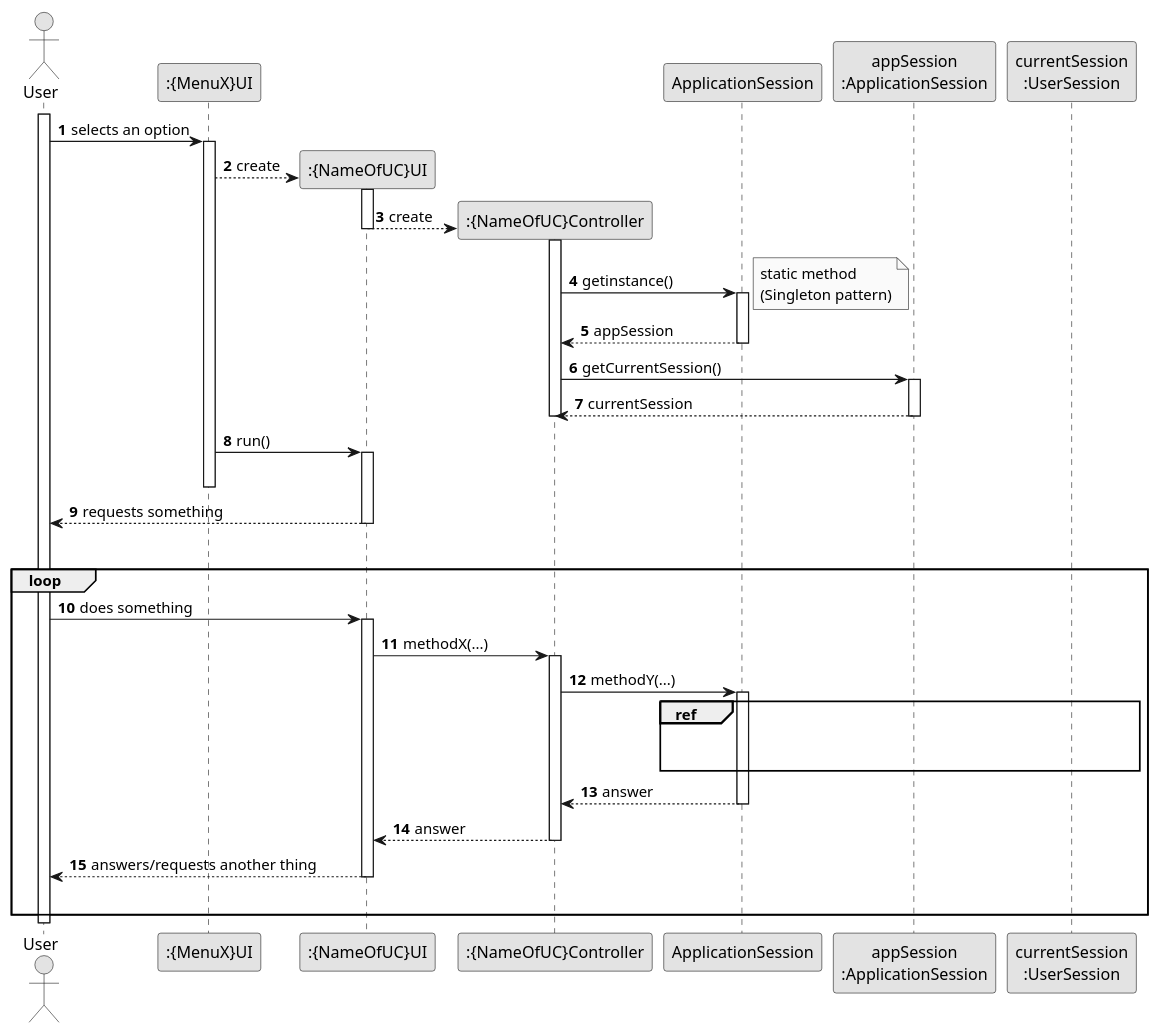
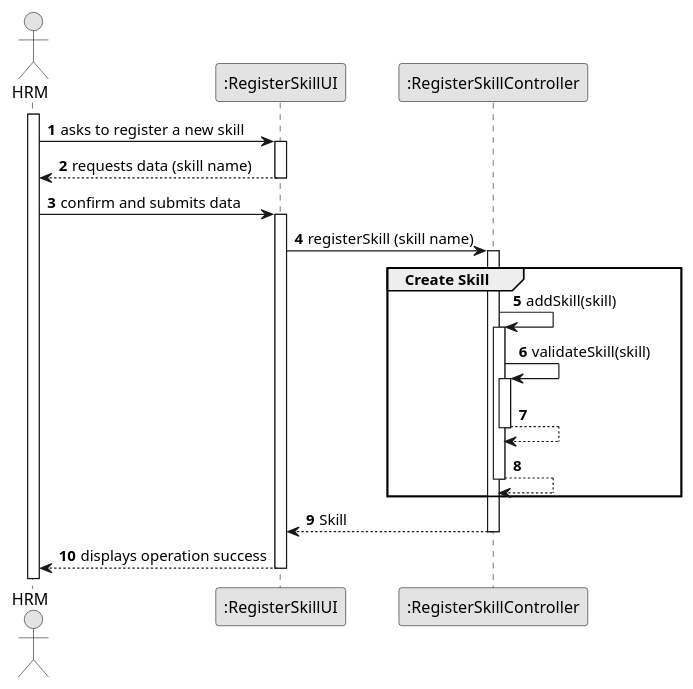
Before and after one commit to Departamento-de-Engenharia-Informatica/lei-24-s2-1dm-g132: the diagram in docs/sprintB/us001/03.design/puml/us001-sequence-diagram-ui-controller-full.puml, drawn with PlantUML. The commit also changed 5 other files, not shown here.

Commit message:
US001 - Beginning of development of all design related diagrams

```diff
--- a/docs/sprintB/us001/03.design/puml/us001-sequence-diagram-ui-controller-full.puml
+++ b/docs/sprintB/us001/03.design/puml/us001-sequence-diagram-ui-controller-full.puml
@@ -1,75 +1,50 @@
 @startuml
 skinparam monochrome true
 skinparam packageStyle rectangle
 skinparam shadowing false
 
 autonumber
 
 'hide footbox
-actor "User" as USER
-participant ":{MenuX}UI" as MENU
-participant ":{NameOfUC}UI" as UCNAMEUI
-participant ":{NameOfUC}Controller" as CTRL
-participant "ApplicationSession" as APPSESSIONC
-participant "appSession\n:ApplicationSession" as APPSESSIONI
-participant "currentSession\n:UserSession" as CURSESSION
+actor "HRM" as HRM
+participant ":RegisterSkillUI" as UI
+participant ":RegisterSkillController" as CTRL
 
-activate USER
+activate HRM
 
-    USER -> MENU : selects an option
-    activate MENU
-        MENU --> UCNAMEUI** : create
-        activate UCNAMEUI
+        HRM -> UI : asks to register a new skill
+activate UI
 
-            UCNAMEUI --> CTRL** : create
-        deactivate UCNAMEUI
+        UI --> HRM : requests data (skill name)
+         deactivate UI
 
-        activate CTRL
-            CTRL -> APPSESSIONC : getinstance()
-            note right
-                static method
-                (Singleton pattern)
-            end note
-            activate APPSESSIONC
-                APPSESSIONC --> CTRL : appSession 
-            deactivate APPSESSIONC
+    HRM -> UI : confirm and submits data
+        activate UI
 
-            CTRL -> APPSESSIONI : getCurrentSession()
-            activate APPSESSIONI
-                APPSESSIONI --> CTRL : currentSession
-            deactivate APPSESSIONI
-        deactivate CTRL
+                UI -> CTRL : registerSkill (skill name)
+            activate CTRL
+    group Create Skill
 
-        MENU -> UCNAMEUI : run()
-        activate UCNAMEUI
-    deactivate MENU
+                                        CTRL -> CTRL: addSkill(skill)
 
-            UCNAMEUI --> USER : requests something
-            |||
-        deactivate UCNAMEUI
+                                                                           activate CTRL
+                                                                               CTRL -> CTRL: validateSkill(skill)
+                                                                               activate CTRL
+                                                                                   CTRL --> CTRL
+                                                                               deactivate CTRL
 
-    loop
-        USER -> UCNAMEUI : does something
-        activate UCNAMEUI
-            UCNAMEUI -> CTRL : methodX(...)
-            activate CTRL
-                CTRL -> APPSESSIONC : methodY(...)
-                activate APPSESSIONC
-                    ref over APPSESSIONC,APPSESSIONI,CURSESSION
+                                                                               CTRL --> CTRL
+                                                                               deactivate CTRL
+                                                                               end
+
+            CTRL --> UI : Skill
+            deactivate CTRL
 
 
-                    end ref
-                    APPSESSIONC --> CTRL : answer
-                deactivate APPSESSIONC
+            UI --> HRM : displays operation success
+        deactivate UI
 
-                CTRL --> UCNAMEUI : answer
-            deactivate CTRL
 
-            UCNAMEUI --> USER : answers/requests another thing
-            |||
-        deactivate UCNAMEUI
-    end loop
 
-deactivate USER
 
 @enduml
```
